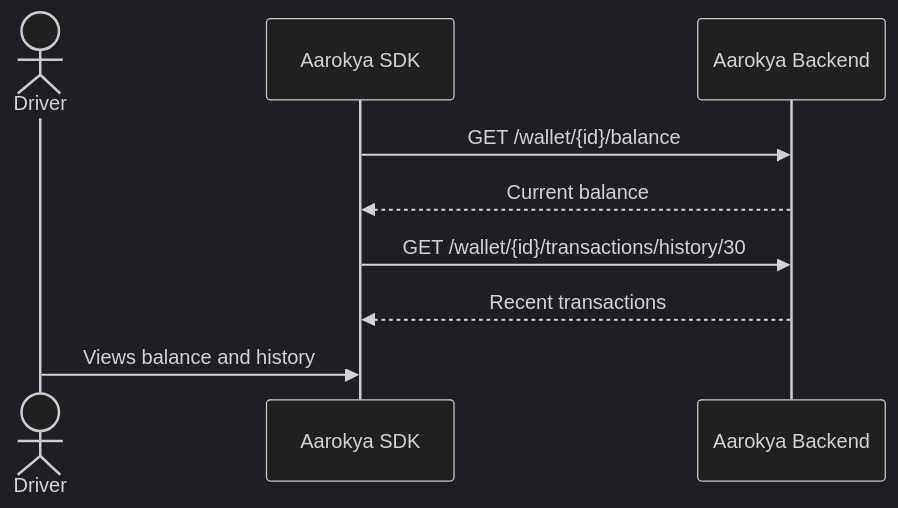
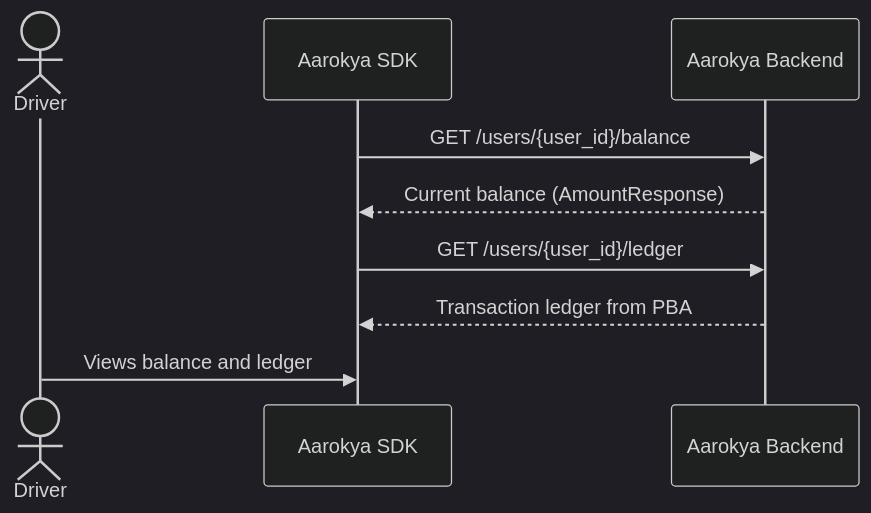
Before and after one commit to anu19981/aarokya-backend: the ninth of 11 diagrams in api-reference/architecture/screen-flows.mdx, drawn with Mermaid (dark theme). The commit also changed other lines of this file and 82 other files, not shown here.

Commit message:
sync: update api-reference from aarokya-agentic-app

````diff
--- a/api-reference/architecture/screen-flows.mdx
+++ b/api-reference/architecture/screen-flows.mdx
@@ -291,12 +294,12 @@
 ```mermaid
 sequenceDiagram
     actor Driver
     participant App as Aarokya SDK
     participant API as Aarokya Backend
 
-    App->>API: GET /wallet/{id}/balance
-    API-->>App: Current balance
-    App->>API: GET /wallet/{id}/transactions/history/30
-    API-->>App: Recent transactions
-    Driver->>App: Views balance and history
+    App->>API: GET /users/{user_id}/balance
+    API-->>App: Current balance (AmountResponse)
+    App->>API: GET /users/{user_id}/ledger
+    API-->>App: Transaction ledger from PBA
+    Driver->>App: Views balance and ledger
 ```
````
